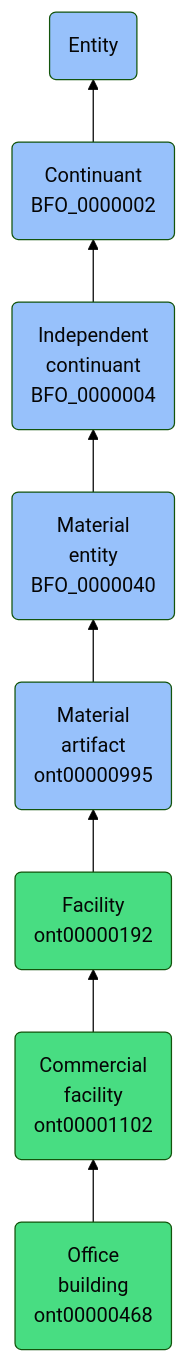
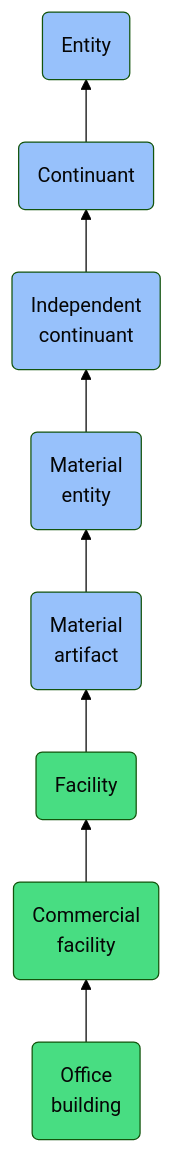
One commit to jupyter-naas/abi changed the diagram in docs/ontology/reference/model/Entity/Continuant/Independent continuant/Material entity/Material artifact/Facility/Commercial facility/Office building/Office building.md. Above: the diagram before and after it, drawn with Mermaid (forest theme). The commit also changed other lines of this file and 1430 other files, not shown here.

````diff
--- a/docs/ontology/reference/model/Entity/Continuant/Independent continuant/Material entity/Material artifact/Facility/Commercial facility/Office building/Office building.md
+++ b/docs/ontology/reference/model/Entity/Continuant/Independent continuant/Material entity/Material artifact/Facility/Commercial facility/Office building/Office building.md
@@ -24,15 +24,15 @@
 ```mermaid
 graph BT
-    ont00000468(Office<br>building<br>ont00000468):::ABI-->ont00001102
-    ont00001102(Commercial<br>facility<br>ont00001102):::ABI-->ont00000192
-    ont00000192(Facility<br>ont00000192):::ABI-->ont00000995
-    ont00000995(Material<br>artifact<br>ont00000995):::BFO-->BFO_0000040
-    BFO_0000040(Material<br>entity<br>BFO_0000040):::BFO-->BFO_0000004
-    BFO_0000004(Independent<br>continuant<br>BFO_0000004):::BFO-->BFO_0000002
-    BFO_0000002(Continuant<br>BFO_0000002):::BFO-->BFO_0000001
+    ont00000468(Office<br>building):::ABI-->ont00001102
+    ont00001102(Commercial<br>facility):::ABI-->ont00000192
+    ont00000192(Facility):::ABI-->ont00000995
+    ont00000995(Material<br>artifact):::BFO-->BFO_0000040
+    BFO_0000040(Material<br>entity):::BFO-->BFO_0000004
+    BFO_0000004(Independent<br>continuant):::BFO-->BFO_0000002
+    BFO_0000002(Continuant):::BFO-->BFO_0000001
     BFO_0000001(Entity):::BFO
     
     classDef BFO fill:#97c1fb,color:#060606
     classDef CCO fill:#e4c51e,color:#060606
     classDef ABI fill:#48DD82,color:#060606
 ```
````
